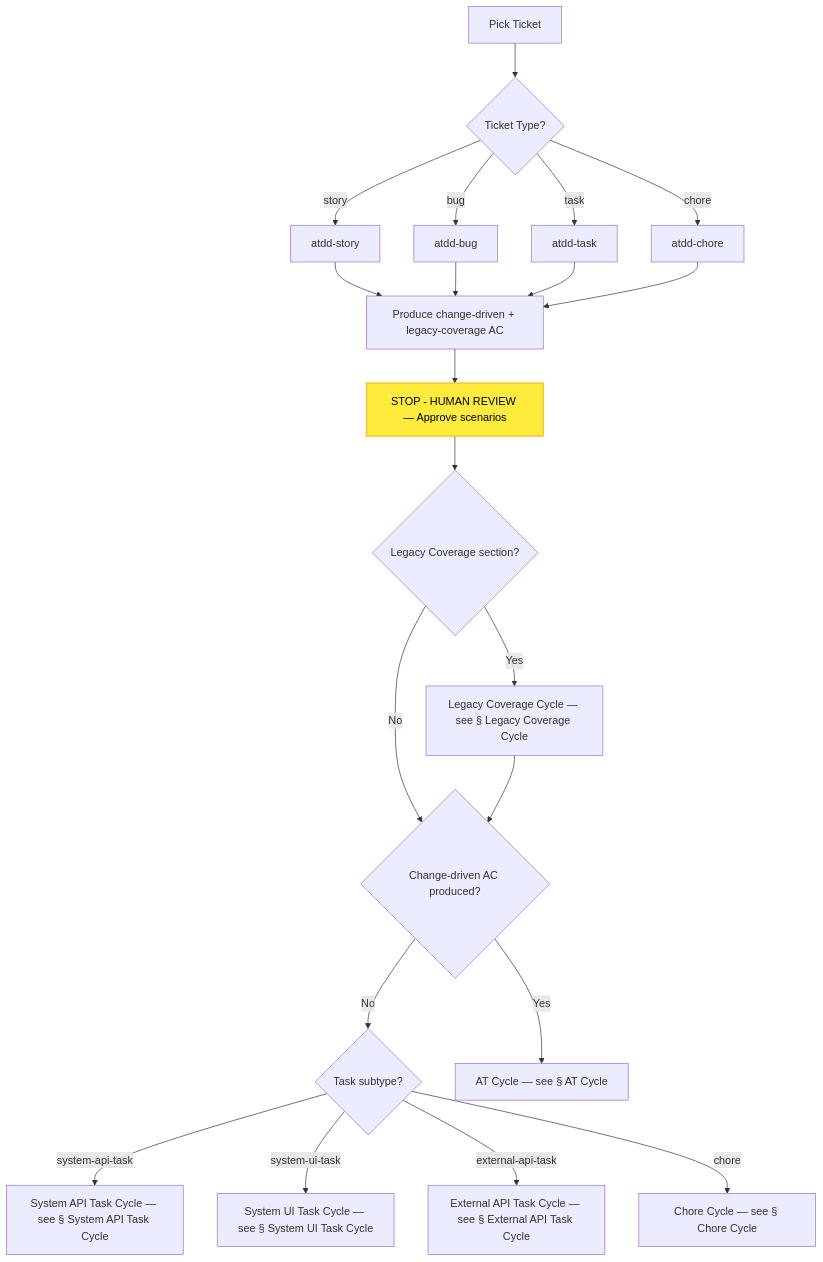
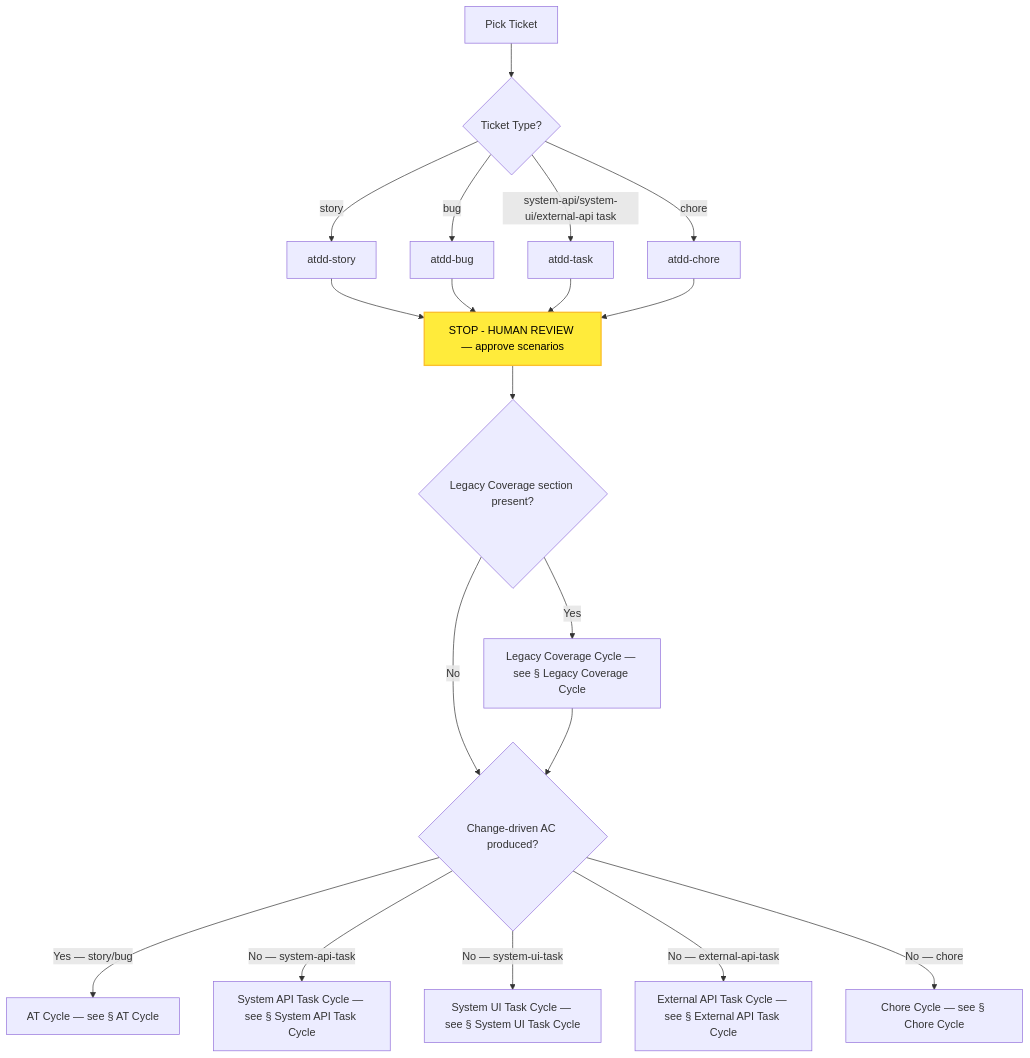
The second of 10 diagrams in docs/atdd/process/diagram-process.md (optivem/starter), drawn with Mermaid before and after one commit. The commit also changed other lines of this file and 2 other files, not shown here.

````diff
--- a/docs/atdd/process/diagram-process.md
+++ b/docs/atdd/process/diagram-process.md
@@ -65,44 +65,40 @@
 ```mermaid
 flowchart TD
-    TICKET[Pick Ticket]
+    PICK[Pick Ticket]
     CLASSIFY{Ticket Type?}
     STORY[atdd-story]
     BUG[atdd-bug]
     TASK[atdd-task]
     CHORE_AGENT[atdd-chore]
-    PRODUCE_AC[Produce change-driven + legacy-coverage AC]
-    STOP_INTAKE[STOP - HUMAN REVIEW — Approve scenarios]
-    LEGACY_GATE{Legacy Coverage section?}
+    STOP_INTAKE["STOP - HUMAN REVIEW — approve scenarios"]
+    GATE_LEGACY{Legacy Coverage section present?}
+    GATE_CHANGE{Change-driven AC produced?}
     LEGACY_CYCLE[Legacy Coverage Cycle — see § Legacy Coverage Cycle]
-    CHANGE_GATE{Change-driven AC produced?}
-    SUBTYPE{Task subtype?}
     AT_CYCLE[AT Cycle — see § AT Cycle]
-    SYS_API_CYCLE[System API Task Cycle — see § System API Task Cycle]
-    SYS_UI_CYCLE[System UI Task Cycle — see § System UI Task Cycle]
-    EXT_API_CYCLE[External API Task Cycle — see § External API Task Cycle]
+    SYSAPI_CYCLE[System API Task Cycle — see § System API Task Cycle]
+    SYSUI_CYCLE[System UI Task Cycle — see § System UI Task Cycle]
+    EXTAPI_CYCLE[External API Task Cycle — see § External API Task Cycle]
     CHORE_CYCLE[Chore Cycle — see § Chore Cycle]
 
-    TICKET --> CLASSIFY
+    PICK --> CLASSIFY
     CLASSIFY -->|story| STORY
     CLASSIFY -->|bug| BUG
-    CLASSIFY -->|task| TASK
+    CLASSIFY -->|system-api/system-ui/external-api task| TASK
     CLASSIFY -->|chore| CHORE_AGENT
-    STORY --> PRODUCE_AC
-    BUG --> PRODUCE_AC
-    TASK --> PRODUCE_AC
-    CHORE_AGENT --> PRODUCE_AC
-    PRODUCE_AC --> STOP_INTAKE
-    STOP_INTAKE --> LEGACY_GATE
-    LEGACY_GATE -->|No| CHANGE_GATE
-    LEGACY_GATE -->|Yes| LEGACY_CYCLE
-    LEGACY_CYCLE --> CHANGE_GATE
-    CHANGE_GATE -->|Yes| AT_CYCLE
-    CHANGE_GATE -->|No| SUBTYPE
-    SUBTYPE -->|system-api-task| SYS_API_CYCLE
-    SUBTYPE -->|system-ui-task| SYS_UI_CYCLE
-    SUBTYPE -->|external-api-task| EXT_API_CYCLE
-    SUBTYPE -->|chore| CHORE_CYCLE
+    STORY --> STOP_INTAKE
+    BUG --> STOP_INTAKE
+    TASK --> STOP_INTAKE
+    CHORE_AGENT --> STOP_INTAKE
+    STOP_INTAKE --> GATE_LEGACY
+    GATE_LEGACY -->|Yes| LEGACY_CYCLE
+    GATE_LEGACY -->|No| GATE_CHANGE
+    LEGACY_CYCLE --> GATE_CHANGE
+    GATE_CHANGE -->|Yes — story/bug| AT_CYCLE
+    GATE_CHANGE -->|No — system-api-task| SYSAPI_CYCLE
+    GATE_CHANGE -->|No — system-ui-task| SYSUI_CYCLE
+    GATE_CHANGE -->|No — external-api-task| EXTAPI_CYCLE
+    GATE_CHANGE -->|No — chore| CHORE_CYCLE
 
     classDef humanReviewNode fill:#ffeb3b,stroke:#fbc02d,stroke-width:2px,color:#000
     class STOP_INTAKE humanReviewNode
 ```
````
